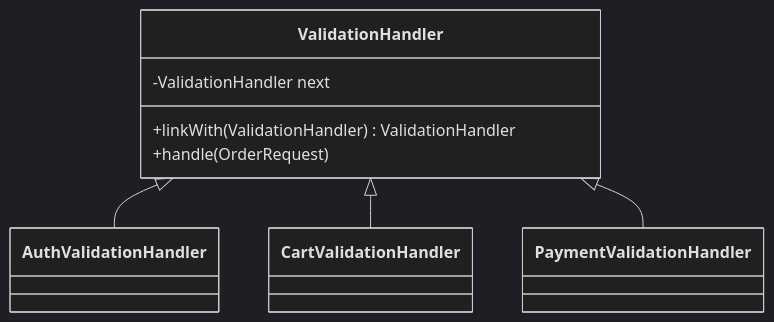
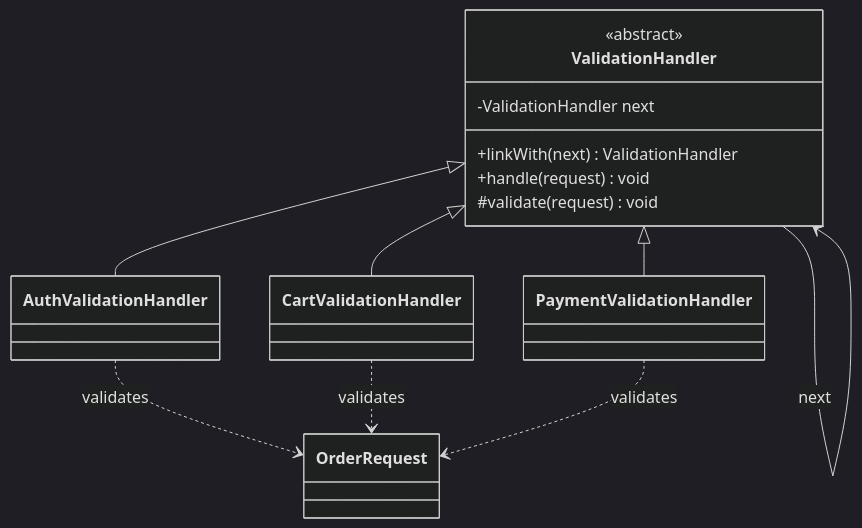
Before and after one commit to sandeepbhardwaj/sandeepbhardwaj.github.io: the diagram in _posts/2025-12-17-chain-of-responsibility-pattern-java-request-validation.md, drawn with Mermaid (dark theme). The commit also changed other lines of this file and 40 other files, not shown here.

````diff
--- a/_posts/2025-12-17-chain-of-responsibility-pattern-java-request-validation.md
+++ b/_posts/2025-12-17-chain-of-responsibility-pattern-java-request-validation.md
@@ -71,14 +114,22 @@
 ```mermaid
 classDiagram
     class ValidationHandler {
+      <<abstract>>
       -ValidationHandler next
-      +linkWith(ValidationHandler) ValidationHandler
-      +handle(OrderRequest)
+      +linkWith(next) ValidationHandler
+      +handle(request) void
+      #validate(request) void
     }
     class AuthValidationHandler
     class CartValidationHandler
     class PaymentValidationHandler
+    class OrderRequest
+
     ValidationHandler <|-- AuthValidationHandler
     ValidationHandler <|-- CartValidationHandler
     ValidationHandler <|-- PaymentValidationHandler
+    ValidationHandler --> ValidationHandler : next
+    AuthValidationHandler ..> OrderRequest : validates
+    CartValidationHandler ..> OrderRequest : validates
+    PaymentValidationHandler ..> OrderRequest : validates
 ```
````
